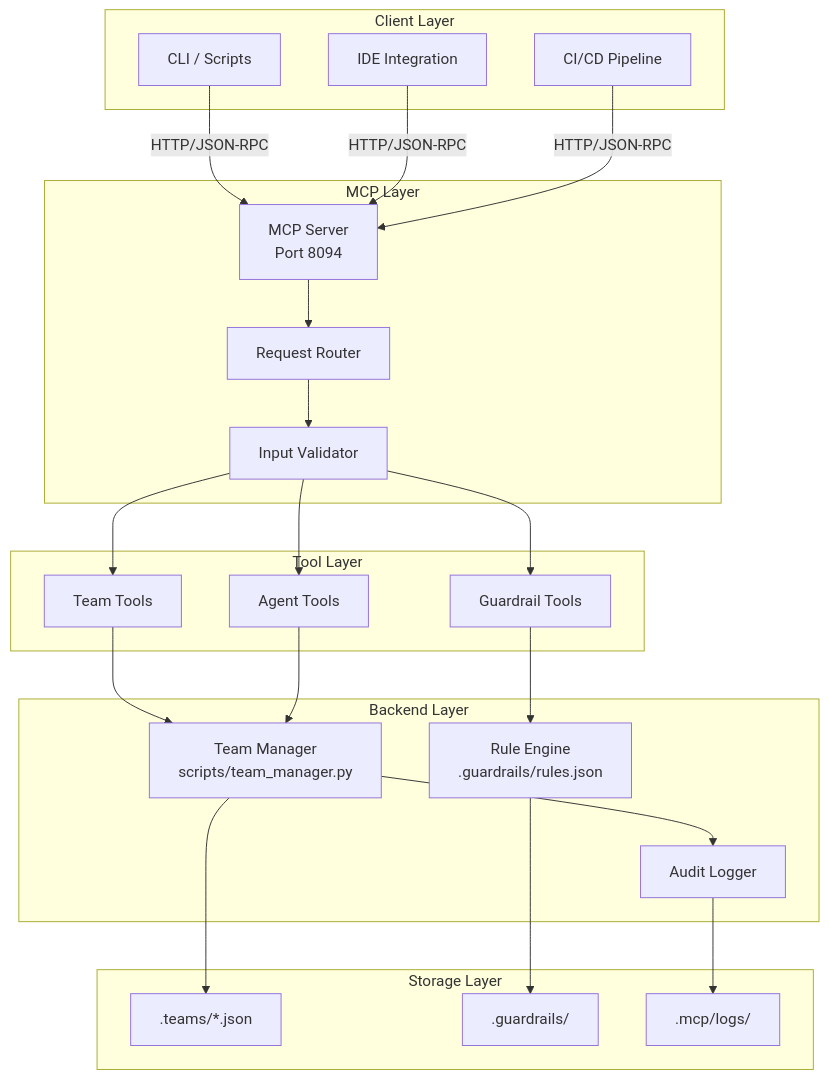
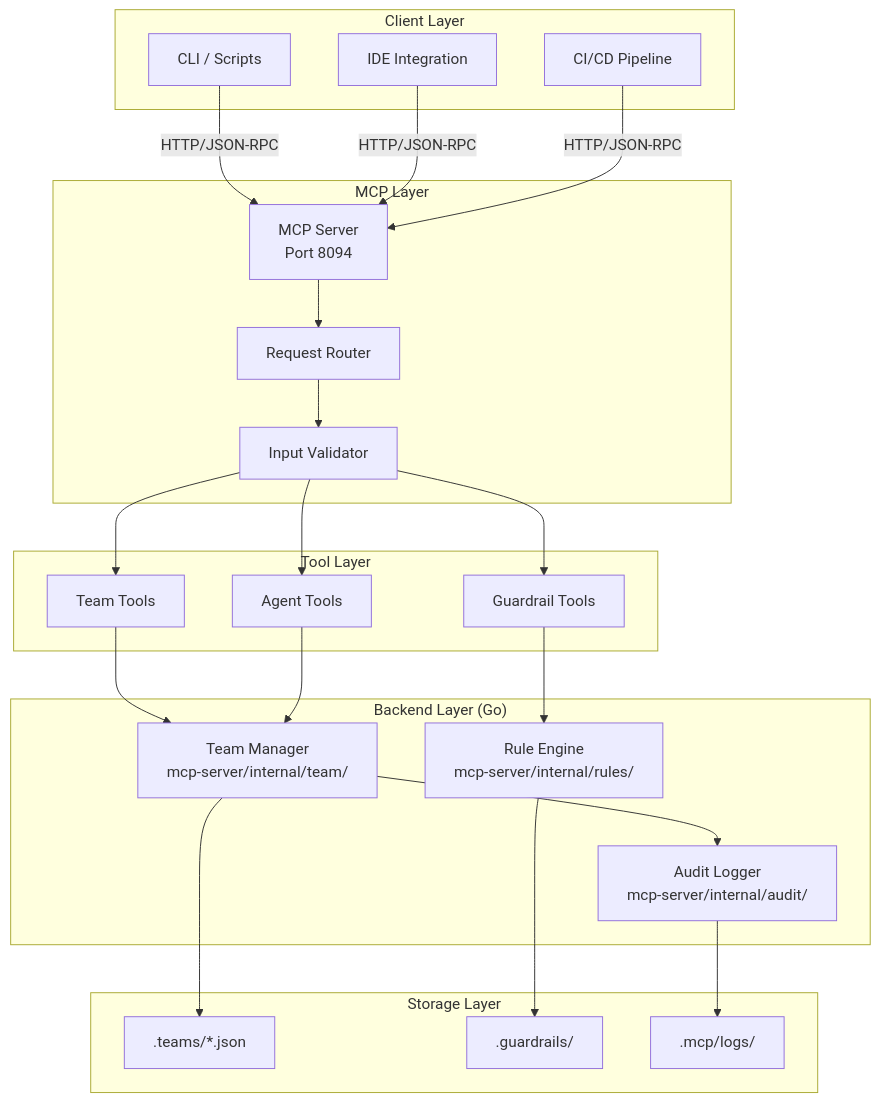
Before and after one commit to TheArchitectit/agent-guardrails-template: the first of 14 diagrams in docs/ARCHITECTURE.md, drawn with Mermaid. The commit also changed other lines of this file and 10 other files, not shown here.

````diff
--- a/docs/ARCHITECTURE.md
+++ b/docs/ARCHITECTURE.md
@@ -23,51 +23,51 @@
 ```mermaid
 flowchart TB
     subgraph Client["Client Layer"]
         CLI["CLI / Scripts"]
         IDE["IDE Integration"]
         CI["CI/CD Pipeline"]
     end
 
     subgraph MCP["MCP Layer"]
         Server["MCP Server<br/>Port 8094"]
         Router["Request Router"]
         Validator["Input Validator"]
     end
 
     subgraph Tools["Tool Layer"]
         TeamTools["Team Tools"]
         GuardrailTools["Guardrail Tools"]
         AgentTools["Agent Tools"]
     end
 
-    subgraph Backend["Backend Layer"]
-        TeamMgr["Team Manager<br/>scripts/team_manager.py"]
-        RuleEngine["Rule Engine<br/>.guardrails/rules.json"]
-        AuditLog["Audit Logger"]
+    subgraph Backend["Backend Layer (Go)"]
+        TeamMgr["Team Manager<br/>mcp-server/internal/team/"]
+        RuleEngine["Rule Engine<br/>mcp-server/internal/rules/"]
+        AuditLog["Audit Logger<br/>mcp-server/internal/audit/"]
     end
 
     subgraph Storage["Storage Layer"]
         TeamConfig[".teams/*.json"]
         Guardrails[".guardrails/"]
         Logs[".mcp/logs/"]
     end
 
     CLI -->|HTTP/JSON-RPC| Server
     IDE -->|HTTP/JSON-RPC| Server
     CI -->|HTTP/JSON-RPC| Server
 
     Server --> Router
     Router --> Validator
     Validator --> TeamTools
     Validator --> GuardrailTools
     Validator --> AgentTools
 
     TeamTools --> TeamMgr
     GuardrailTools --> RuleEngine
     AgentTools --> TeamMgr
 
     TeamMgr --> TeamConfig
     TeamMgr --> AuditLog
     RuleEngine --> Guardrails
     AuditLog --> Logs
 ```
````
